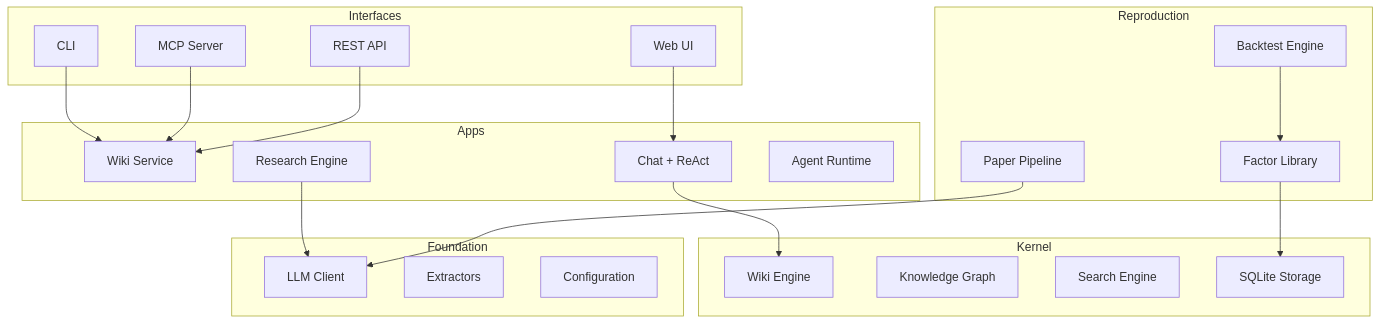
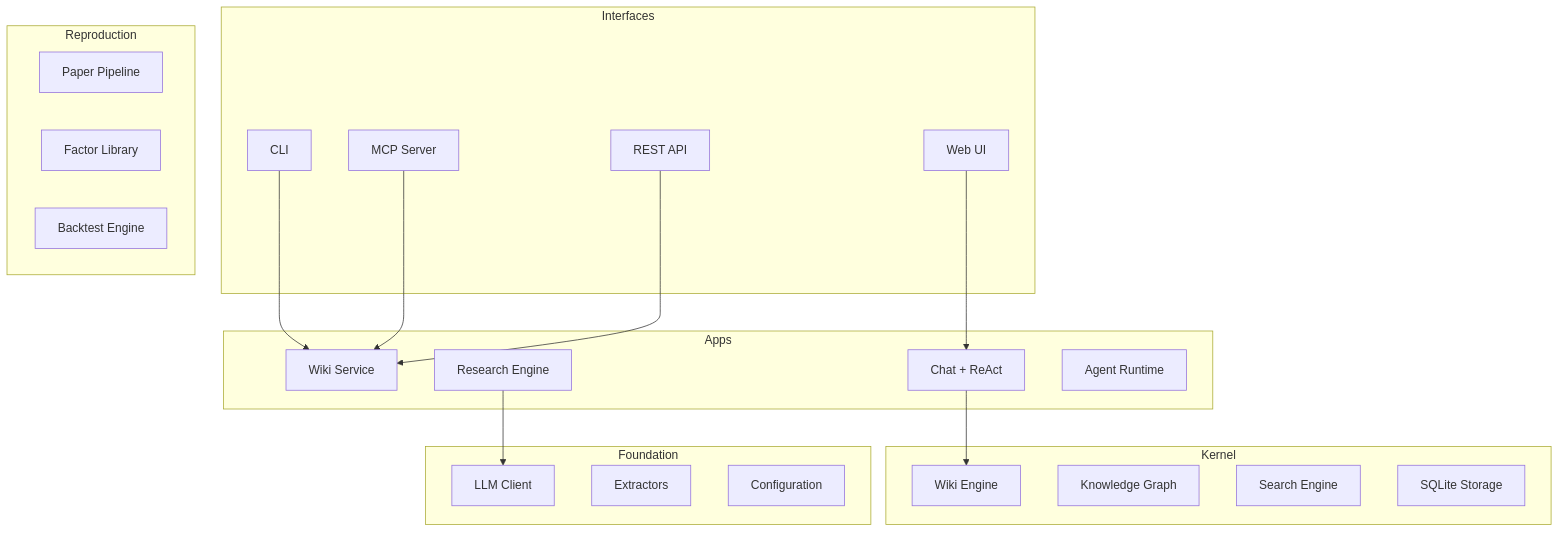
Before and after one commit to sn0wfree/llmwikify: the diagram in README.md, drawn with Mermaid. The commit also changed other lines of this file and 1 other file, not shown here.

First line of the commit message:
docs(refocus): Phase 12 补 docs/REFACTORING.md + 更新 README mermaid

````diff
--- a/README.md
+++ b/README.md
@@ -231,45 +231,42 @@
 ```mermaid
 graph TB
     subgraph "Interfaces"
         CLI[CLI]
         MCP[MCP Server]
         REST[REST API]
         UI[Web UI]
     end
     
     subgraph "Apps"
         Wiki[Wiki Service]
         Chat[Chat + ReAct]
         Research[Research Engine]
         Agent[Agent Runtime]
     end
     
     subgraph "Kernel"
         Engine[Wiki Engine]
         Graph[Knowledge Graph]
         Search[Search Engine]
         Storage[SQLite Storage]
     end
     
     subgraph "Foundation"
         LLM[LLM Client]
         Extract[Extractors]
         Config[Configuration]
     end
     
     subgraph "Reproduction"
         Paper[Paper Pipeline]
         Factor[Factor Library]
         Backtest[Backtest Engine]
     end
     
     CLI --> Wiki
     MCP --> Wiki
     REST --> Wiki
     UI --> Chat
     Chat --> Engine
     Research --> LLM
-    Paper --> LLM
-    Factor --> Storage
-    Backtest --> Factor
 ```
````
